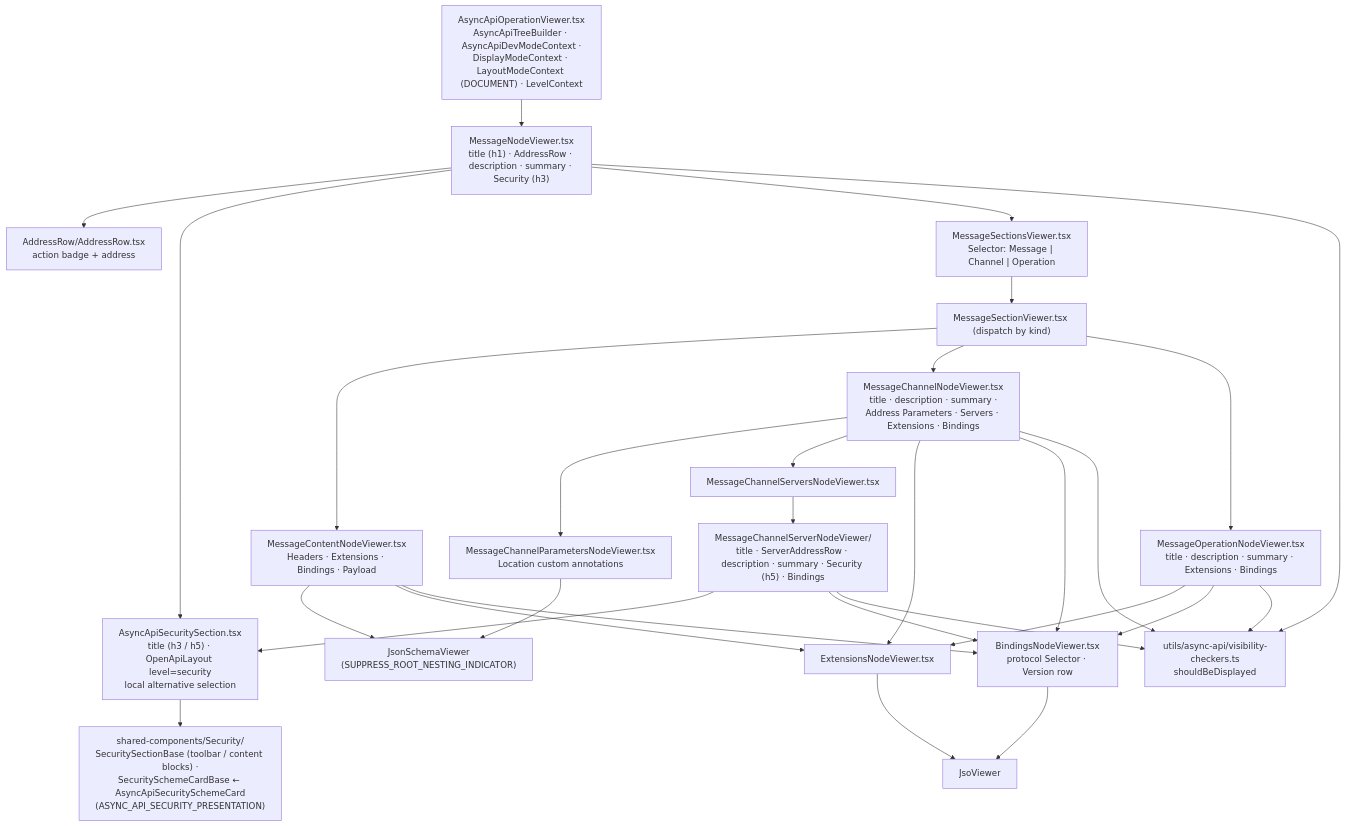
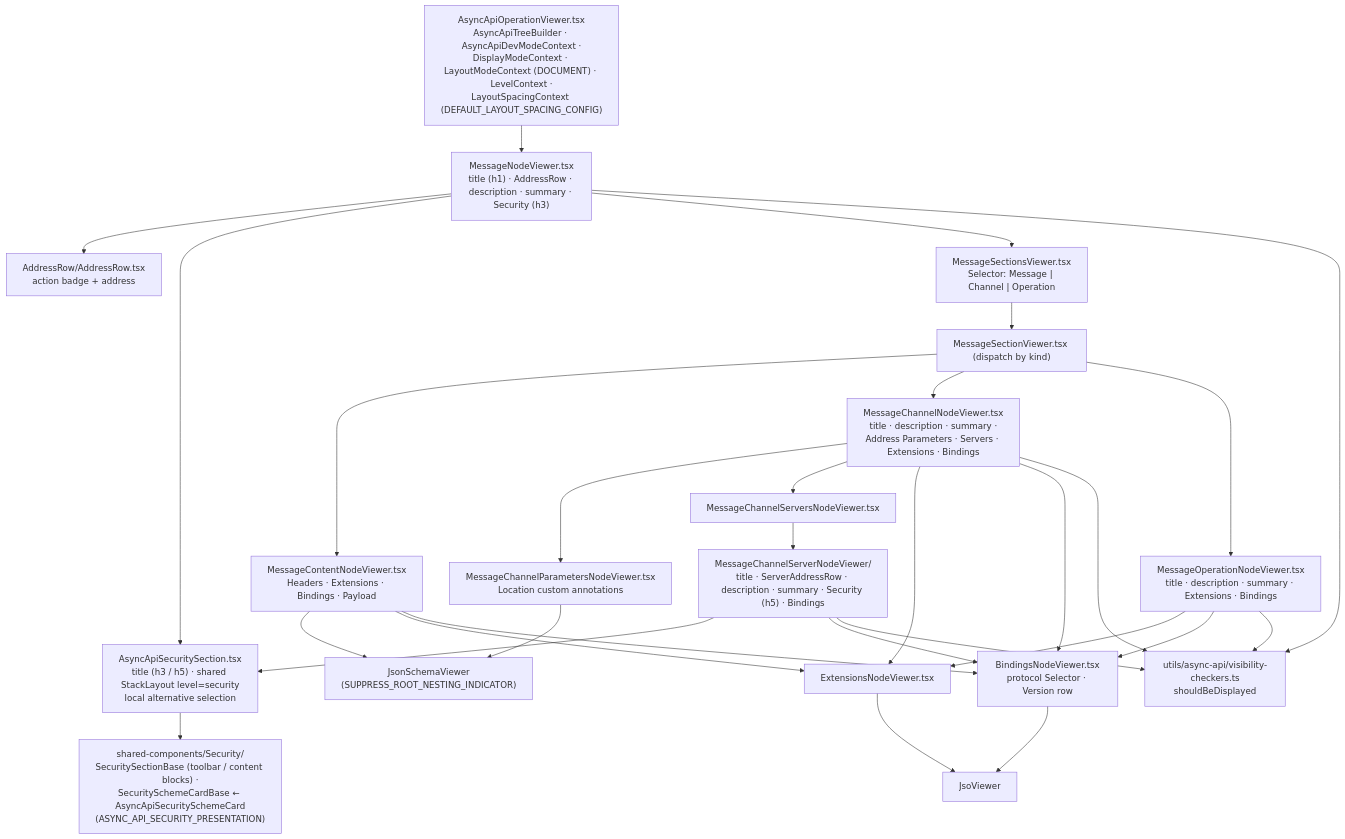
The diagram in docs/design/async-api/architecture/viewer-plain.md (Netcracker/qubership-apihub-api-doc-viewer), drawn with Mermaid before and after one commit. The commit also changed 78 other files, not shown here.

Commit message:
refactor(first AI review): Stage 4 - the shared spacing engine and shared row names

````diff
--- a/docs/design/async-api/architecture/viewer-plain.md
+++ b/docs/design/async-api/architecture/viewer-plain.md
@@ -6,50 +6,50 @@
 ```mermaid
 flowchart TB
-  Root["AsyncApiOperationViewer.tsx<br/>AsyncApiTreeBuilder · AsyncApiDevModeContext ·<br/>DisplayModeContext · LayoutModeContext (DOCUMENT) · LevelContext"]
+  Root["AsyncApiOperationViewer.tsx<br/>AsyncApiTreeBuilder · AsyncApiDevModeContext ·<br/>DisplayModeContext · LayoutModeContext (DOCUMENT) · LevelContext ·<br/>LayoutSpacingContext (DEFAULT_LAYOUT_SPACING_CONFIG)"]
   Message["MessageNodeViewer.tsx<br/>title (h1) · AddressRow · description · summary · Security (h3)"]
-  Security["AsyncApiSecuritySection.tsx<br/>title (h3 / h5) · OpenApiLayout level=security<br/>local alternative selection"]
+  Security["AsyncApiSecuritySection.tsx<br/>title (h3 / h5) · shared StackLayout level=security<br/>local alternative selection"]
   SecurityShared["shared-components/Security/<br/>SecuritySectionBase (toolbar / content blocks) ·<br/>SecuritySchemeCardBase ← AsyncApiSecuritySchemeCard<br/>(ASYNC_API_SECURITY_PRESENTATION)"]
   Address["AddressRow/AddressRow.tsx<br/>action badge + address"]
   Sections["MessageSectionsViewer.tsx<br/>Selector: Message | Channel | Operation"]
   Section["MessageSectionViewer.tsx (dispatch by kind)"]
   Content["MessageContentNodeViewer.tsx<br/>Headers · Extensions · Bindings · Payload"]
   Channel["MessageChannelNodeViewer.tsx<br/>title · description · summary ·<br/>Address Parameters · Servers · Extensions · Bindings"]
   Operation["MessageOperationNodeViewer.tsx<br/>title · description · summary · Extensions · Bindings"]
   Params["MessageChannelParametersNodeViewer.tsx<br/>Location custom annotations"]
   Servers["MessageChannelServersNodeViewer.tsx"]
   Server["MessageChannelServerNodeViewer/<br/>title · ServerAddressRow · description · summary · Security (h5) · Bindings"]
   Bindings["BindingsNodeViewer.tsx<br/>protocol Selector · Version row"]
   Extensions["ExtensionsNodeViewer.tsx"]
   Visibility["utils/async-api/visibility-checkers.ts<br/>shouldBeDisplayed"]
   JsonSchema["JsonSchemaViewer<br/>(SUPPRESS_ROOT_NESTING_INDICATOR)"]
   Jso["JsoViewer"]
 
   Root --> Message
   Message --> Address
   Message --> Security
   Server --> Security
   Security --> SecurityShared
   Message --> Sections
   Sections --> Section
   Section --> Content
   Section --> Channel
   Section --> Operation
   Content --> JsonSchema
   Content --> Extensions
   Content --> Bindings
   Channel --> Params
   Channel --> Servers
   Channel --> Extensions
   Channel --> Bindings
   Operation --> Extensions
   Operation --> Bindings
   Servers --> Server
   Server --> Bindings
   Params --> JsonSchema
   Bindings --> Jso
   Extensions --> Jso
   Message --> Visibility
   Channel --> Visibility
   Operation --> Visibility
   Server --> Visibility
 ```
````
